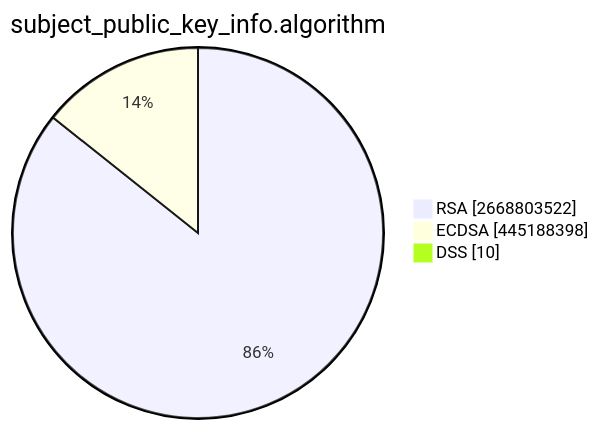
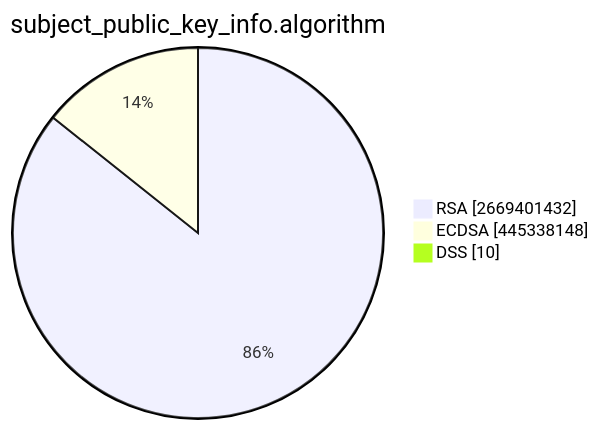
One commit to christiankrug/ctmonitor_visualization changed the second of 15 diagrams in TOTAL/README.md. Above: the diagram before and after it, drawn with Mermaid. The commit also changed other lines of this file, not shown here.

````diff
--- a/TOTAL/README.md
+++ b/TOTAL/README.md
@@ -6,7 +6,7 @@
 ```mermaid
 pie showData
 title subject_public_key_info.algorithm
-"RSA" :2668803522
-"ECDSA" :445188398
+"RSA" :2669401432
+"ECDSA" :445338148
 "DSS" :10
 ```
````
